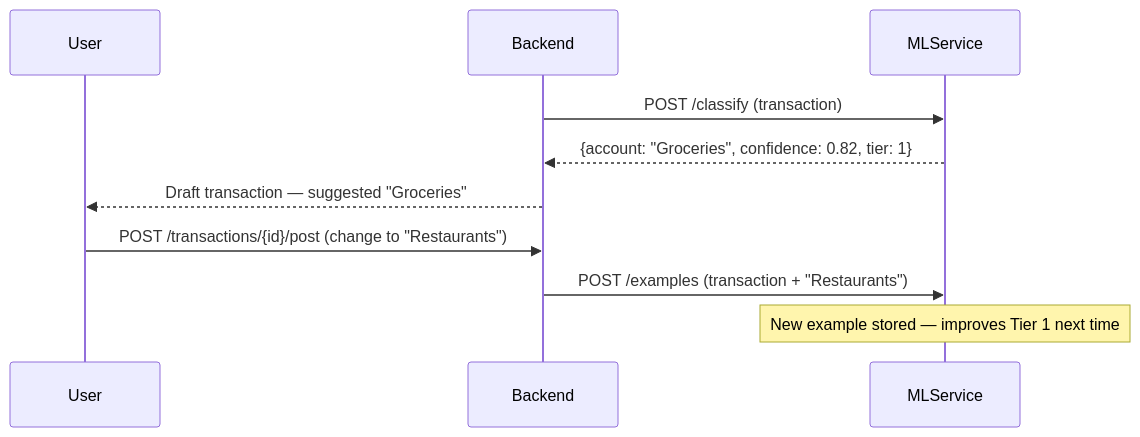
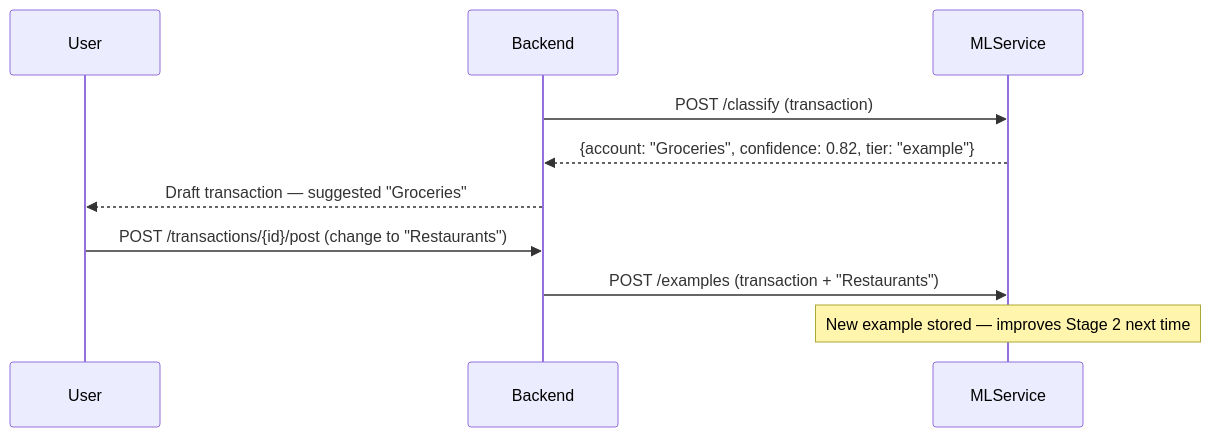
The second of 2 diagrams in docs/ml/pipeline.md (maltewinckler/swen), drawn with Mermaid before and after one commit. The commit also changed other lines of this file and 18 other files, not shown here.

````diff
--- a/docs/ml/pipeline.md
+++ b/docs/ml/pipeline.md
@@ -88,13 +96,13 @@
 ```mermaid
 sequenceDiagram
     participant User
     participant Backend
     participant MLService
 
     Backend->>MLService: POST /classify (transaction)
-    MLService-->>Backend: {account: "Groceries", confidence: 0.82, tier: 1}
+    MLService-->>Backend: {account: "Groceries", confidence: 0.82, tier: "example"}
     Backend-->>User: Draft transaction — suggested "Groceries"
     User->>Backend: POST /transactions/{id}/post (change to "Restaurants")
     Backend->>MLService: POST /examples (transaction + "Restaurants")
-    Note over MLService: New example stored — improves Tier 1 next time
+    Note over MLService: New example stored — improves Stage 2 next time
 ```
````
